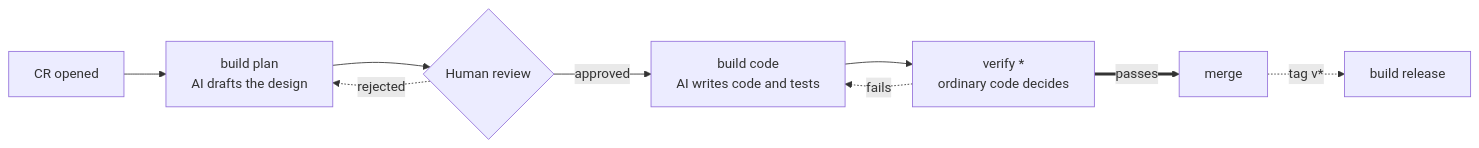
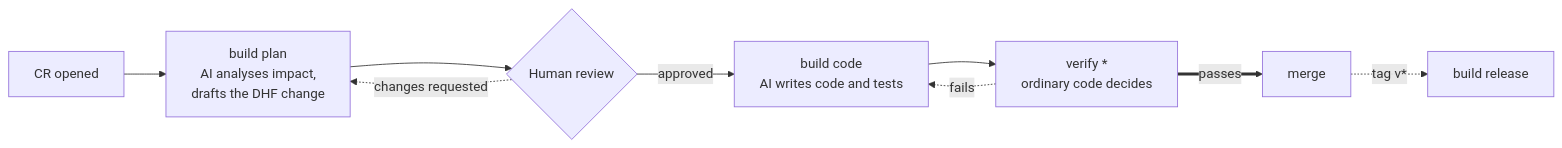
Before and after one commit to itercharles/MedHarness: the diagram in README.md, drawn with Mermaid. The commit also changed other lines of this file, not shown here.

````diff
--- a/README.md
+++ b/README.md
@@ -116,11 +34,11 @@
 ```mermaid
 flowchart LR
-    CR["CR opened"] --> PLAN["build plan<br/>AI drafts the design"]
+    CR["CR opened"] --> PLAN["build plan<br/>AI analyses impact,<br/>drafts the DHF change"]
     PLAN --> REV{"Human review"}
-    REV -.->|rejected| PLAN
+    REV -.->|changes requested| PLAN
     REV -->|approved| CODE["build code<br/>AI writes code and tests"]
     CODE --> GATES["verify *<br/>ordinary code decides"]
     GATES -.->|fails| CODE
     GATES ==>|passes| MERGE["merge"]
     MERGE -.->|"tag v*"| REL["build release"]
 ```
````
